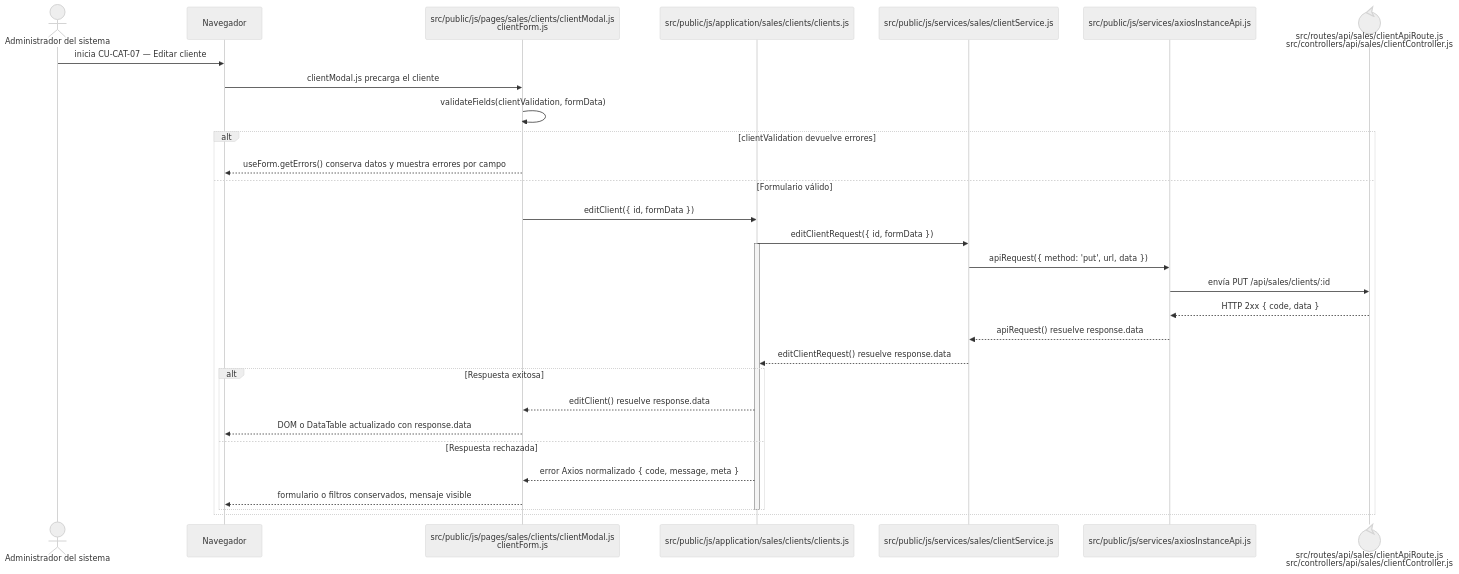
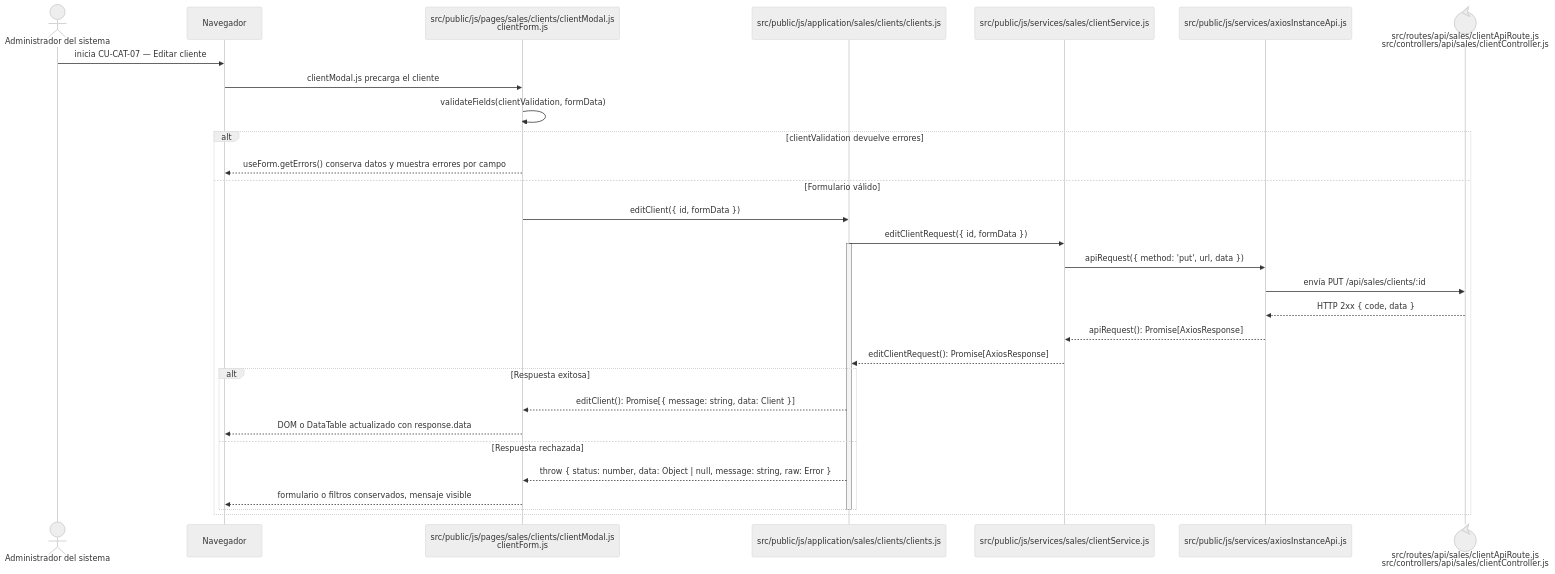
Before and after one commit to gpgsistemas01/nexus: the diagram in docs/architecture/frontend-code-sequences/catalogs/cu-cat-07.md, drawn with Mermaid (neutral theme). The commit also changed 146 other files, not shown here.

````diff
--- a/docs/architecture/frontend-code-sequences/catalogs/cu-cat-07.md
+++ b/docs/architecture/frontend-code-sequences/catalogs/cu-cat-07.md
@@ -6,34 +6,34 @@
 ```mermaid
 sequenceDiagram
     actor Initiator as Administrador del sistema
     participant Browser as Navegador
     participant View as src/public/js/pages/sales/clients/clientModal.js<br/>clientForm.js
     participant Application as src/public/js/application/sales/clients/clients.js
     participant Request as src/public/js/services/sales/clientService.js
     participant HTTP as src/public/js/services/axiosInstanceApi.js
     participant Transport@{ "type": "control" } as src/routes/api/sales/clientApiRoute.js<br/>src/controllers/api/sales/clientController.js
 
     Initiator->>Browser: inicia CU-CAT-07 — Editar cliente
     Browser->>View: clientModal.js precarga el cliente
     View->>View: validateFields(clientValidation, formData)
     alt clientValidation devuelve errores
         View-->>Browser: useForm.getErrors() conserva datos y muestra errores por campo
     else Formulario válido
         View->>Application: editClient({ id, formData })
         Application->>Request: editClientRequest({ id, formData })
         activate Application
         Request->>HTTP: apiRequest({ method: 'put', url, data })
         HTTP->>Transport: envía PUT /api/sales/clients/:id
         Transport-->>HTTP: HTTP 2xx { code, data }
-        HTTP-->>Request: apiRequest() resuelve response.data
-        Request-->>Application: editClientRequest() resuelve response.data
+        HTTP-->>Request: apiRequest(): Promise[AxiosResponse]
+        Request-->>Application: editClientRequest(): Promise[AxiosResponse]
         alt Respuesta exitosa
-            Application-->>View: editClient() resuelve response.data
+            Application-->>View: editClient(): Promise[{ message: string, data: Client }]
             View-->>Browser: DOM o DataTable actualizado con response.data
         else Respuesta rechazada
-            Application-->>View: error Axios normalizado { code, message, meta }
+            Application-->>View: throw { status: number, data: Object | null, message: string, raw: Error }
             View-->>Browser: formulario o filtros conservados, mensaje visible
         end
         deactivate Application
     end
 ```
````
